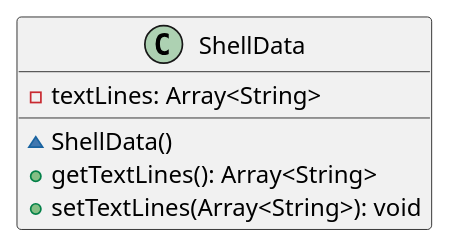
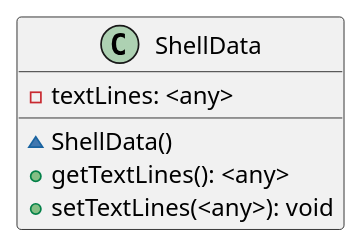
The diagram in malokhvii-eduard/malokhvii04/doc/plantuml/ua/khpi/oop/malokhvii04/shell/ShellData.puml (P-Kalin/kit26a), drawn with PlantUML before and after one commit. The commit also changed 37 other files, not shown here.

Commit message:
#1, #3 malokhvii04: update graphs

```diff
--- a/malokhvii-eduard/malokhvii04/doc/plantuml/ua/khpi/oop/malokhvii04/shell/ShellData.puml
+++ b/malokhvii-eduard/malokhvii04/doc/plantuml/ua/khpi/oop/malokhvii04/shell/ShellData.puml
@@ -1,10 +1,10 @@
 @startuml
 
     class ShellData {
-        -textLines: Array<String>
+        -textLines: <any>
         ~ShellData()
-        +getTextLines(): Array<String>
-        +setTextLines(Array<String>): void
+        +getTextLines(): <any>
+        +setTextLines(<any>): void
     }
 
 @enduml
```
